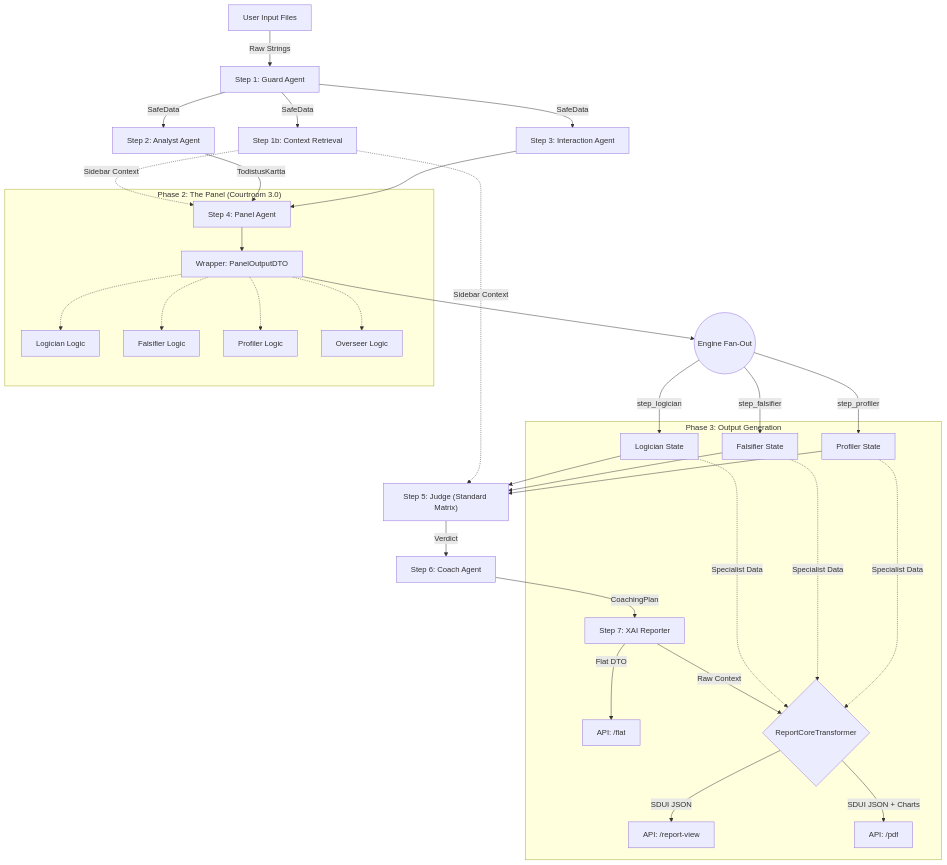
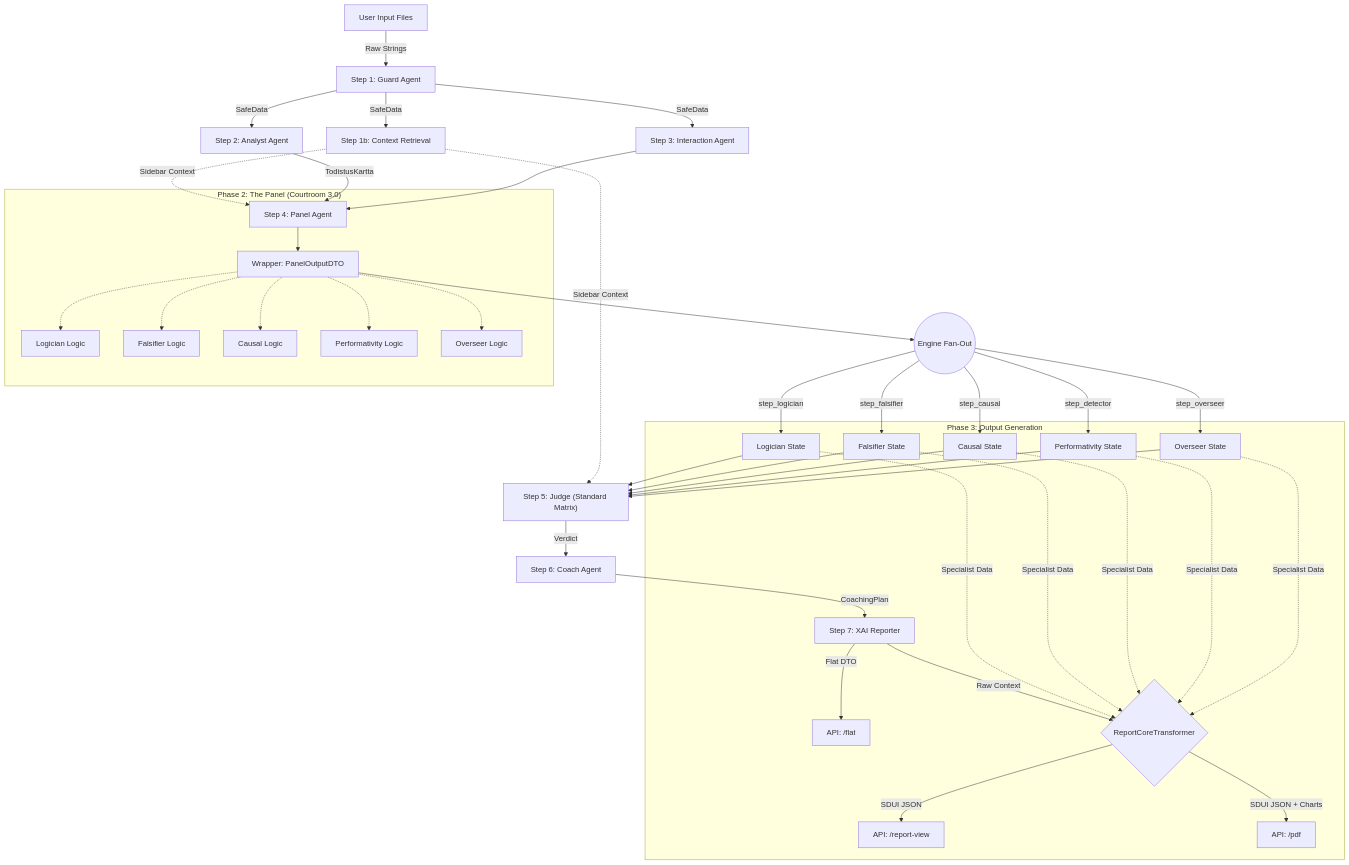
One commit to launis/quorum changed the diagram in docs/workflow_data_architecture.md. Above: the diagram before and after it, drawn with Mermaid. The commit also changed other lines of this file and 55 other files, not shown here.

````diff
--- a/docs/workflow_data_architecture.md
+++ b/docs/workflow_data_architecture.md
@@ -15,72 +15,80 @@
 ```mermaid
 graph TD
     %% Nodes
     UserInput[User Input Files]
     Guard[Step 1: Guard Agent]
     Context[Step 1b: Context Retrieval]
     Analyst[Step 2: Analyst Agent]
     Interaction[Step 3: Interaction Agent]
     
     %% Fused Logic
     subgraph "Phase 2: The Panel (Courtroom 3.0)"
         Panel[Step 4: Panel Agent]
         note1[Wrapper: PanelOutputDTO]
         
         Logic[Logician Logic]
         False[Falsifier Logic]
-        Prof[Profiler Logic]
+        Causal[Causal Logic]
+        Perform[Performativity Logic]
         Over[Overseer Logic]
         
         Panel --> note1
         note1 -.-> Logic
         note1 -.-> False
-        note1 -.-> Prof
+        note1 -.-> Causal
+        note1 -.-> Perform
         note1 -.-> Over
     end
     
     %% Fan Out
     FanOut((Engine Fan-Out))
     note1 --> FanOut
     FanOut -->|step_logician| StateLogician[Logician State]
     FanOut -->|step_falsifier| StateFalsifier[Falsifier State]
-    FanOut -->|step_profiler| StateProfiler[Profiler State]
+    FanOut -->|step_causal| StateCausal[Causal State]
+    FanOut -->|step_detector| StateDetector[Performativity State]
+    FanOut -->|step_overseer| StateOverseer[Overseer State]
     
     JudgeStandard["Step 5: Judge (Standard Matrix)"]
     Coach[Step 6: Coach Agent]
     XAI[Step 7: XAI Reporter]
     
     %% Output Generation Pipeline
     subgraph "Phase 3: Output Generation"
         FlatAPI[API: /flat]
         Transformer{ReportCoreTransformer}
         UI_API[API: /report-view]
         PDF_API[API: /pdf]
         
         XAI -->|Flat DTO| FlatAPI
         XAI -->|Raw Context| Transformer
         StateLogician -.->|Specialist Data| Transformer
         StateFalsifier -.->|Specialist Data| Transformer
-        StateProfiler -.->|Specialist Data| Transformer
+        StateCausal -.->|Specialist Data| Transformer
+        StateDetector -.->|Specialist Data| Transformer
+        StateOverseer -.->|Specialist Data| Transformer
         Transformer -->|SDUI JSON| UI_API
         Transformer -->|SDUI JSON + Charts| PDF_API
     end
     
     %% Flows
     UserInput -->|Raw Strings| Guard
     Guard -->|SafeData| Context
     Context -.->|Sidebar Context| Panel
     Context -.->|Sidebar Context| JudgeStandard
     
     Guard -->|SafeData| Analyst
     Guard -->|SafeData| Interaction
     
     Analyst -->|TodistusKartta| Panel
     Interaction --> Panel
     
     StateLogician --> JudgeStandard
     StateFalsifier --> JudgeStandard
-    StateProfiler --> JudgeStandard
+    StateCausal --> JudgeStandard
+    StateDetector --> JudgeStandard
+    StateOverseer --> JudgeStandard
     
     JudgeStandard -->|Verdict| Coach
     Coach -->|CoachingPlan| XAI
 ```
````
